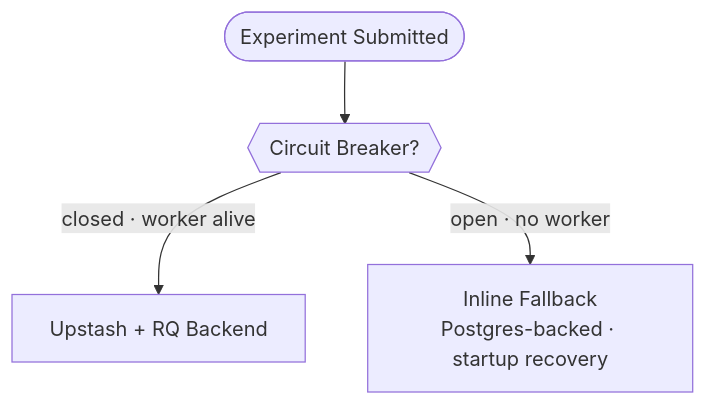
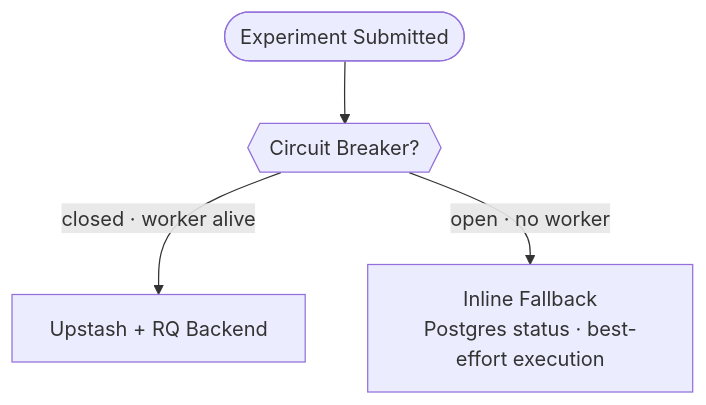
The first of 2 diagrams in README.md (FazlulKarimC/LLM_Forge), drawn with Mermaid before and after one commit. The commit also changed other lines of this file and 41 other files, not shown here.

Commit message:
Improve demo reliability, evaluation flow, and CI gates

````diff
--- a/README.md
+++ b/README.md
@@ -74,11 +74,11 @@
 ```mermaid
 graph TD
     START(["Experiment Submitted"])
     DISPATCH{{"Circuit Breaker?"}}
     UPSTASH["Upstash + RQ Backend"]
-    INLINE["Inline Fallback\nPostgres-backed · startup recovery"]
+    INLINE["Inline Fallback\nPostgres status · best-effort execution"]
 
     START --> DISPATCH
     DISPATCH -->|"closed · worker alive"| UPSTASH
     DISPATCH -->|"open · no worker"| INLINE
 ```
````
